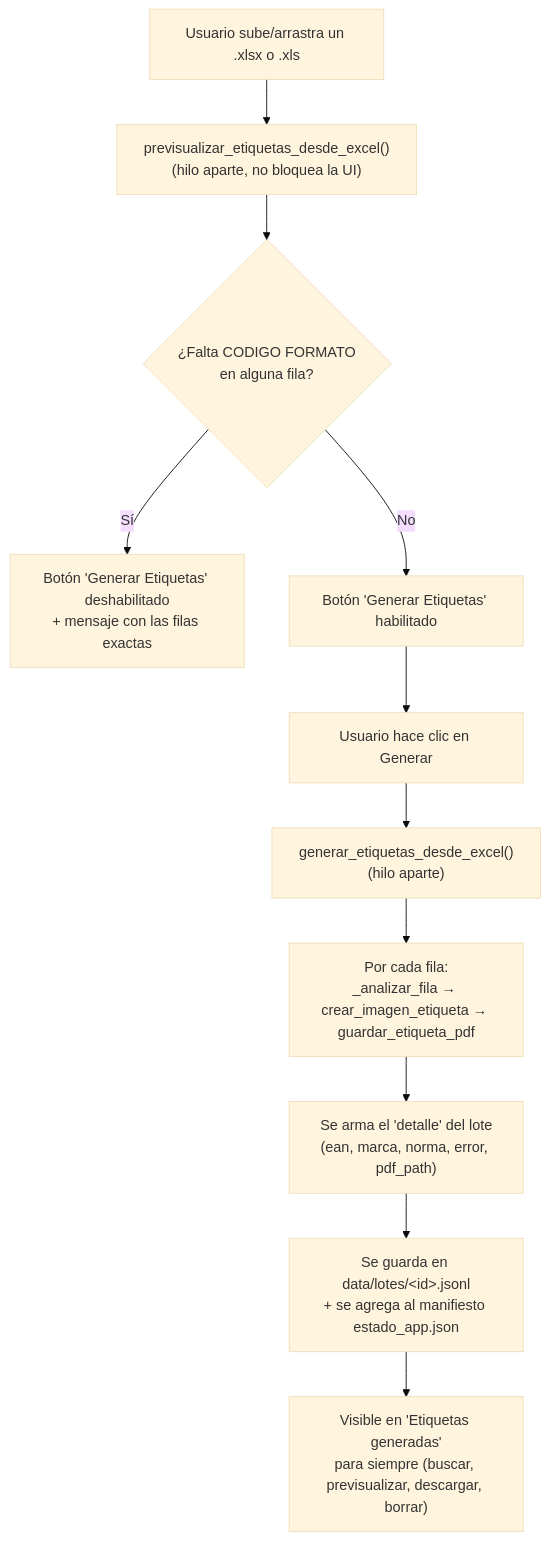
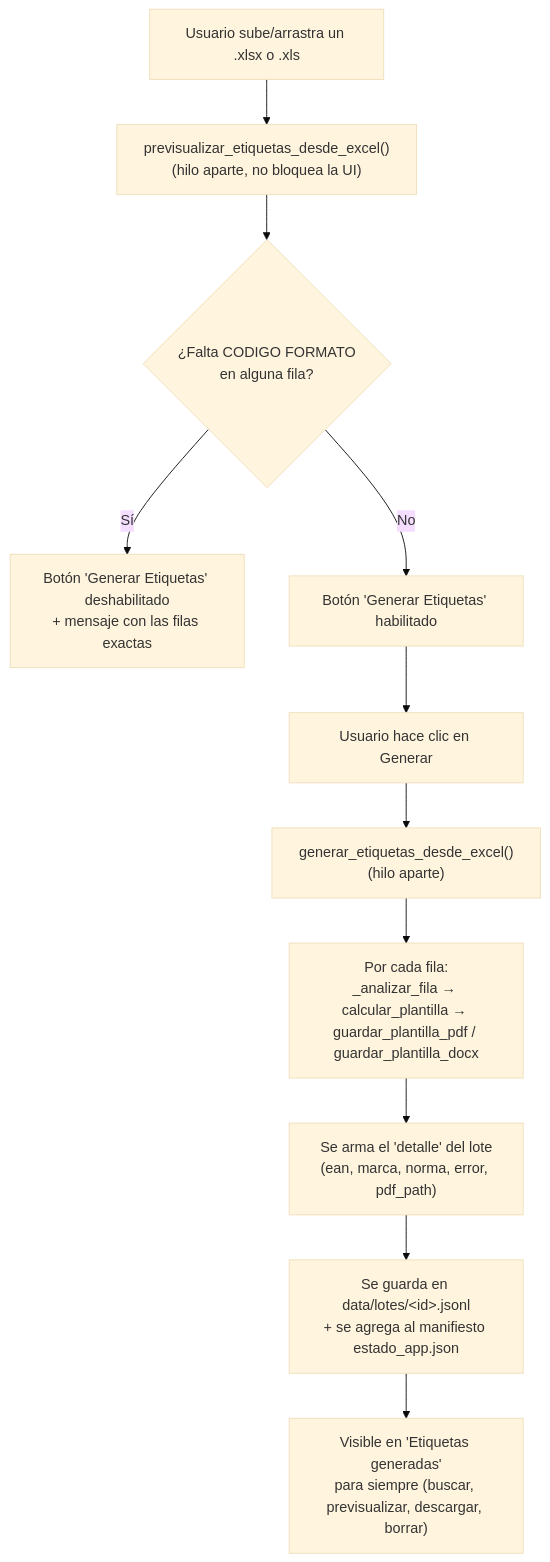
The second of 2 diagrams in documentos/MANUAL_TECNICO.md (EfrainMoralesZ/Generador-Etiquetas), drawn with Mermaid (base theme) before and after one commit. The commit also changed other lines of this file and 13 other files, not shown here.

````diff
--- a/documentos/MANUAL_TECNICO.md
+++ b/documentos/MANUAL_TECNICO.md
@@ -128,13 +129,13 @@
 ```mermaid
 flowchart TD
     Subir["Usuario sube/arrastra un .xlsx o .xls"] --> Preview["previsualizar_etiquetas_desde_excel()\n(hilo aparte, no bloquea la UI)"]
     Preview --> Check{"¿Falta CODIGO FORMATO\nen alguna fila?"}
     Check -- "Sí" --> Bloqueo["Botón 'Generar Etiquetas' deshabilitado\n+ mensaje con las filas exactas"]
     Check -- "No" --> Habilita["Botón 'Generar Etiquetas' habilitado"]
     Habilita --> Click["Usuario hace clic en Generar"]
     Click --> Gen["generar_etiquetas_desde_excel()\n(hilo aparte)"]
-    Gen --> PorFila["Por cada fila:\n_analizar_fila → crear_imagen_etiqueta → guardar_etiqueta_pdf"]
+    Gen --> PorFila["Por cada fila:\n_analizar_fila → calcular_plantilla → guardar_plantilla_pdf / guardar_plantilla_docx"]
     PorFila --> Lote["Se arma el 'detalle' del lote\n(ean, marca, norma, error, pdf_path)"]
     Lote --> Guardar["Se guarda en data/lotes/&lt;id&gt;.jsonl\n+ se agrega al manifiesto estado_app.json"]
     Guardar --> Historial["Visible en 'Etiquetas generadas'\npara siempre (buscar, previsualizar, descargar, borrar)"]
 ```
````
